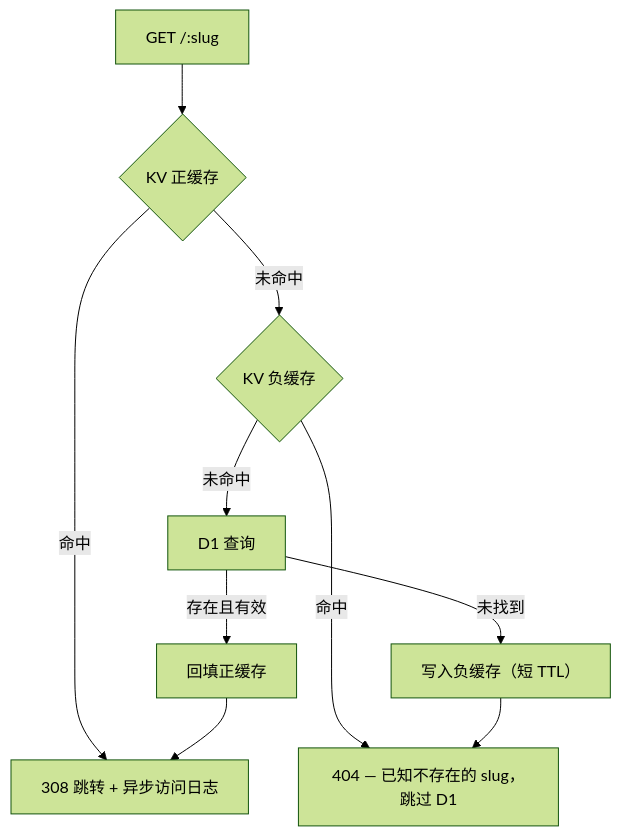
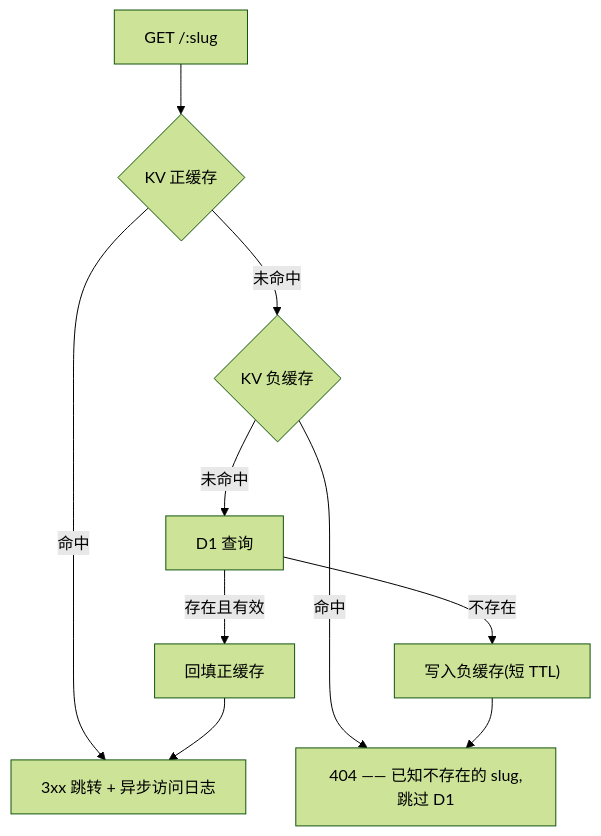
One commit to WuChenDi/projects changed the diagram in apps/flnk/README.zh-CN.md. Above: the diagram before and after it, drawn with Mermaid (forest theme). The commit also changed other lines of this file and 90 other files, not shown here.

````diff
--- a/apps/flnk/README.zh-CN.md
+++ b/apps/flnk/README.zh-CN.md
@@ -55,12 +93,12 @@
 ```mermaid
 flowchart TD
     A["GET /:slug"] --> B{"KV 正缓存"}
-    B -->|命中| R["308 跳转 + 异步访问日志"]
+    B -->|命中| R["3xx 跳转 + 异步访问日志"]
     B -->|未命中| C{"KV 负缓存"}
-    C -->|命中| N["404 — 已知不存在的 slug，跳过 D1"]
+    C -->|命中| N["404 —— 已知不存在的 slug,跳过 D1"]
     C -->|未命中| D["D1 查询"]
     D -->|"存在且有效"| E["回填正缓存"]
     E --> R
-    D -->|"未找到"| F["写入负缓存（短 TTL）"]
+    D -->|"不存在"| F["写入负缓存(短 TTL)"]
     F --> N
 ```
````
